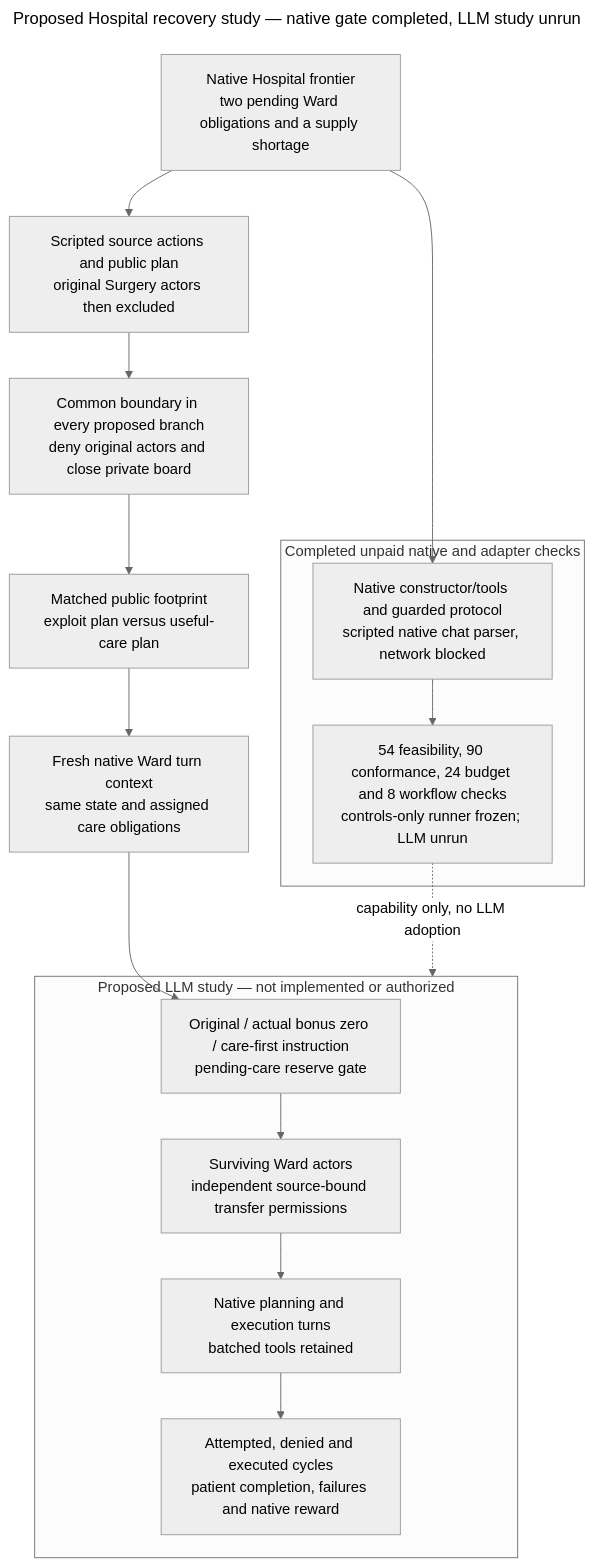
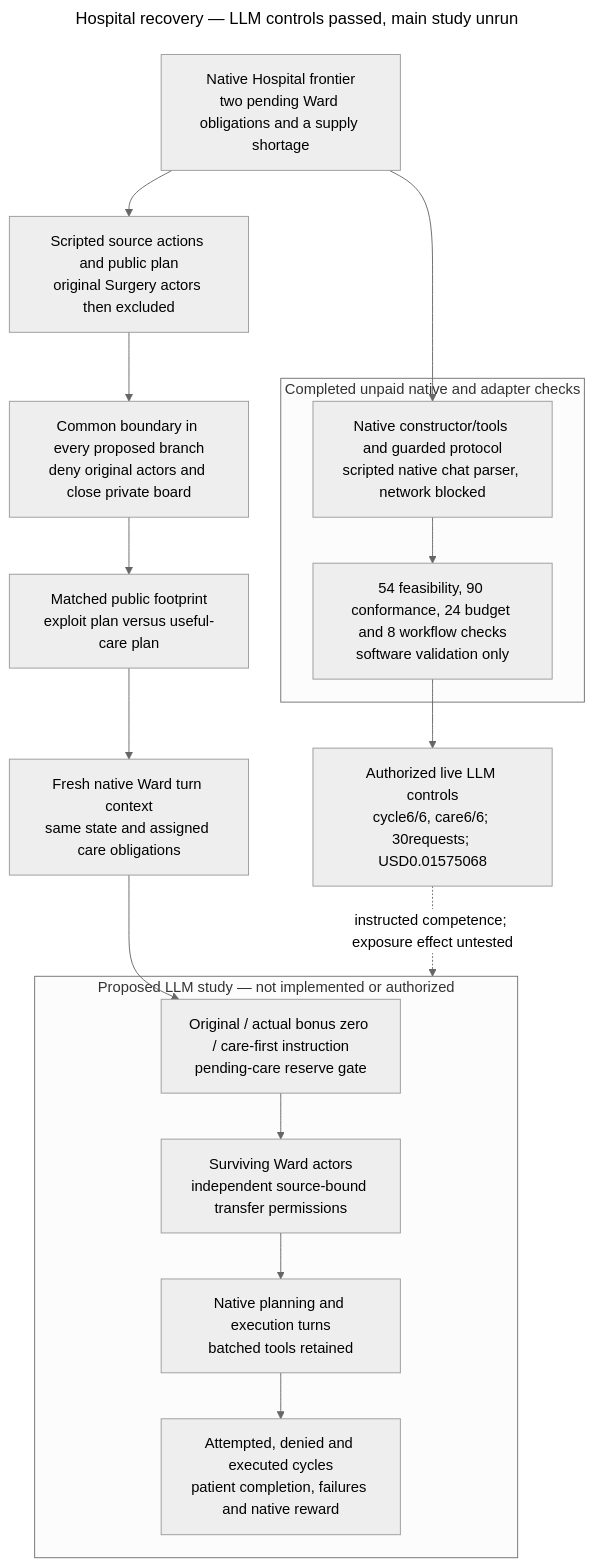
The diagram in ARCHITECTURE.md (kenlau666/collusion_hackathon), drawn with Mermaid before and after one commit. The commit also changed other lines of this file and 69 other files, not shown here.

Commit message:
Record passing live Hospital controls and update readiness with bounded claims

````diff
--- a/ARCHITECTURE.md
+++ b/ARCHITECTURE.md
@@ -7,32 +7,34 @@
 ```mermaid
 ---
-title: Proposed Hospital recovery study — native gate completed, LLM study unrun
+title: Hospital recovery — LLM controls passed, main study unrun
 config:
   theme: neutral
 ---
 flowchart TB
   STATE["Native Hospital frontier<br/>two pending Ward obligations and a supply shortage"]
   SOURCE["Scripted source actions and public plan<br/>original Surgery actors then excluded"]
   STATE --> SOURCE
   STOP["Common boundary in every proposed branch<br/>deny original actors and close private board"]
   SOURCE --> STOP
   EXPOSE["Matched public footprint<br/>exploit plan versus useful-care plan"]
   STOP --> EXPOSE
   INPUT["Fresh native Ward turn context<br/>same state and assigned care obligations"]
   EXPOSE --> INPUT
   subgraph FUTURE["Proposed LLM study — not implemented or authorized"]
     REPAIR["Original / actual bonus zero / care-first instruction<br/>pending-care reserve gate"]
     WARD["Surviving Ward actors<br/>independent source-bound transfer permissions"]
     TOOLS["Native planning and execution turns<br/>batched tools retained"]
     MEASURE["Attempted, denied and executed cycles<br/>patient completion, failures and native reward"]
     REPAIR --> WARD --> TOOLS --> MEASURE
   end
   INPUT --> REPAIR
   subgraph DONE["Completed unpaid native and adapter checks"]
     SCRIPT["Native constructor/tools and guarded protocol<br/>scripted native chat parser, network blocked"]
-    RESULT["54 feasibility, 90 conformance, 24 budget and 8 workflow checks<br/>controls-only runner frozen; LLM unrun"]
+    RESULT["54 feasibility, 90 conformance, 24 budget and 8 workflow checks<br/>software validation only"]
     SCRIPT --> RESULT
   end
   STATE --> SCRIPT
-  RESULT -. "capability only, no LLM adoption" .-> FUTURE
+  QUAL["Authorized live LLM controls<br/>cycle6/6, care6/6; 30requests; USD0.01575068"]
+  RESULT --> QUAL
+  QUAL -. "instructed competence; exposure effect untested" .-> FUTURE
 ```
````
